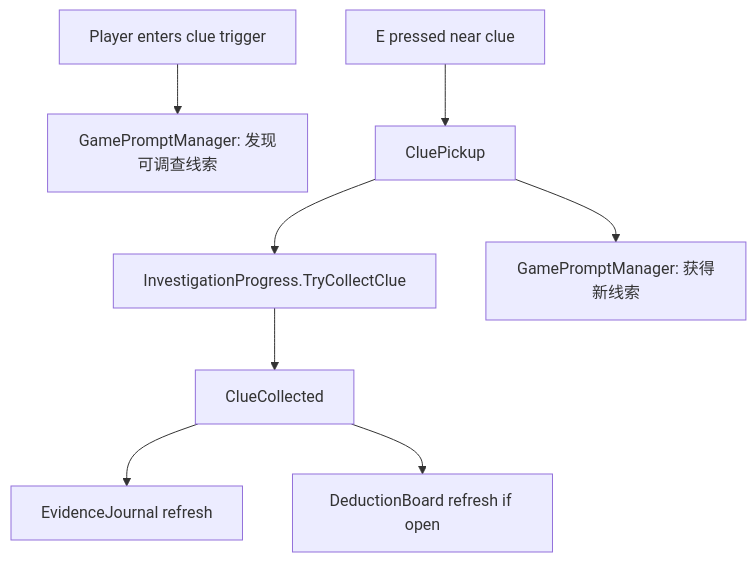
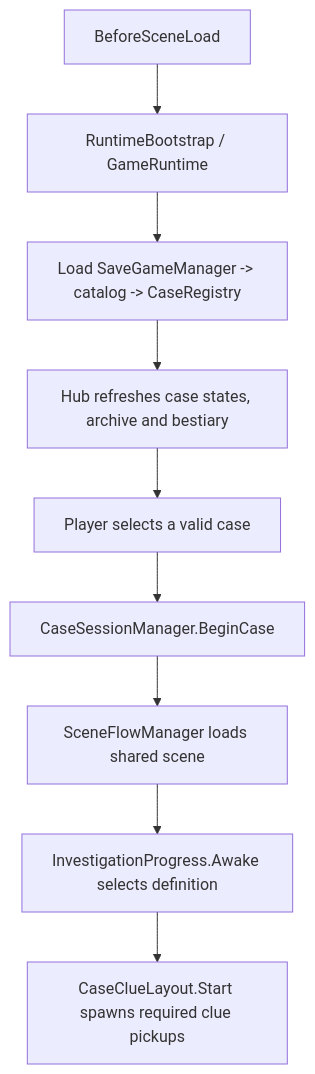
The first of 2 diagrams in Docs/EventFlow.md (Vaenix/LostCity), drawn with Mermaid before and after one commit. The commit also changed other lines of this file and 160 other files, not shown here.

Commit message:
feat: complete meta hub and persistent case flow

````diff
--- a/Docs/EventFlow.md
+++ b/Docs/EventFlow.md
@@ -16,10 +8,11 @@
 ```mermaid
 flowchart TD
-    Near["Player enters clue trigger"] --> Prompt["GamePromptManager: 发现可调查线索"]
-    Input["E pressed near clue"] --> Pickup["CluePickup"]
-    Pickup --> Progress["InvestigationProgress.TryCollectClue"]
-    Pickup --> CollectedPrompt["GamePromptManager: 获得新线索"]
-    Progress --> Event["ClueCollected"]
-    Event --> Journal["EvidenceJournal refresh"]
-    Event --> Board["DeductionBoard refresh if open"]
+    A["BeforeSceneLoad"] --> B["RuntimeBootstrap / GameRuntime"]
+    B --> C["Load SaveGameManager -> catalog -> CaseRegistry"]
+    C --> D["Hub refreshes case states, archive and bestiary"]
+    D --> E["Player selects a valid case"]
+    E --> F["CaseSessionManager.BeginCase"]
+    F --> G["SceneFlowManager loads shared scene"]
+    G --> H["InvestigationProgress.Awake selects definition"]
+    H --> I["CaseClueLayout.Start spawns required clue pickups"]
 ```
````
